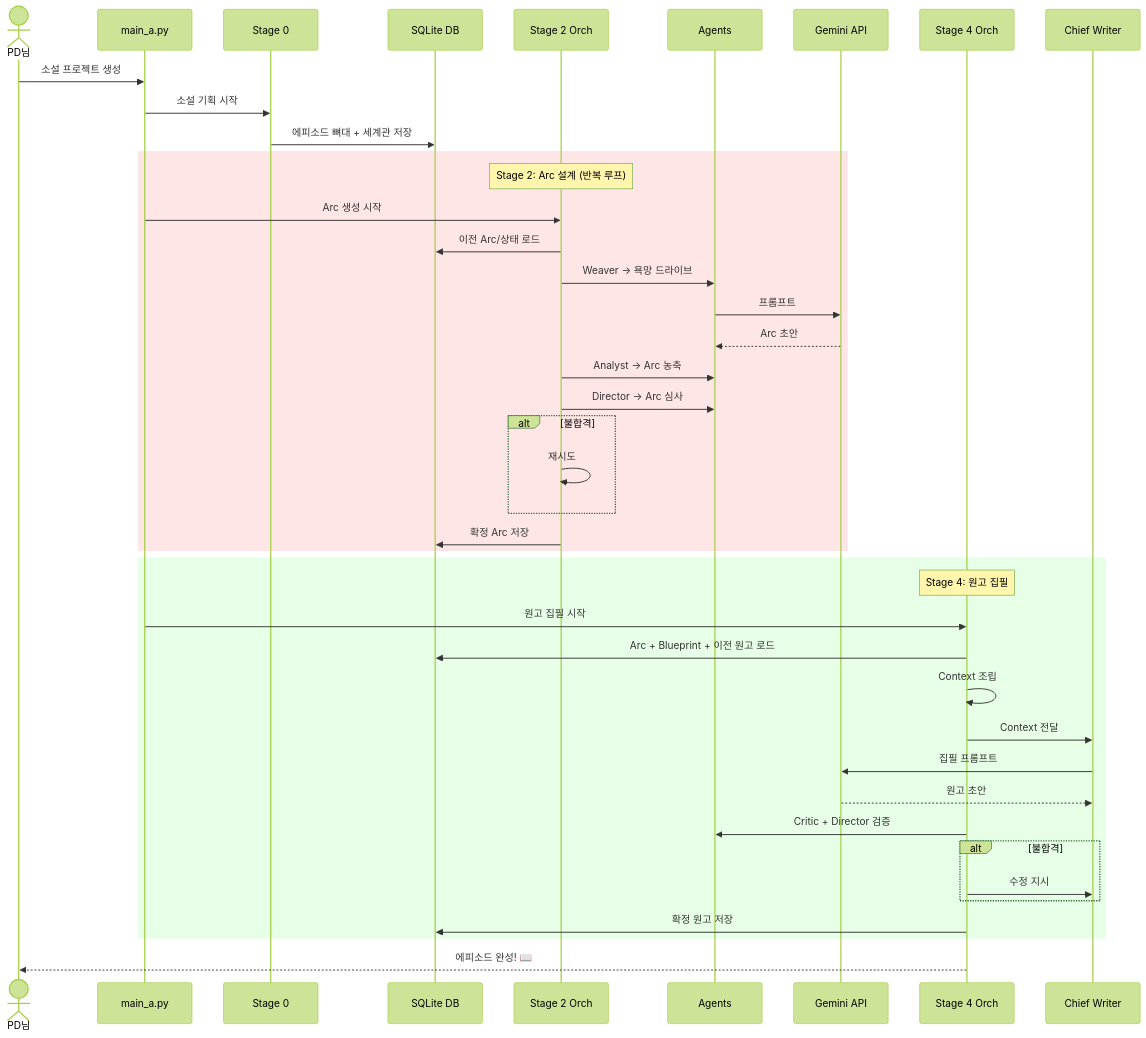
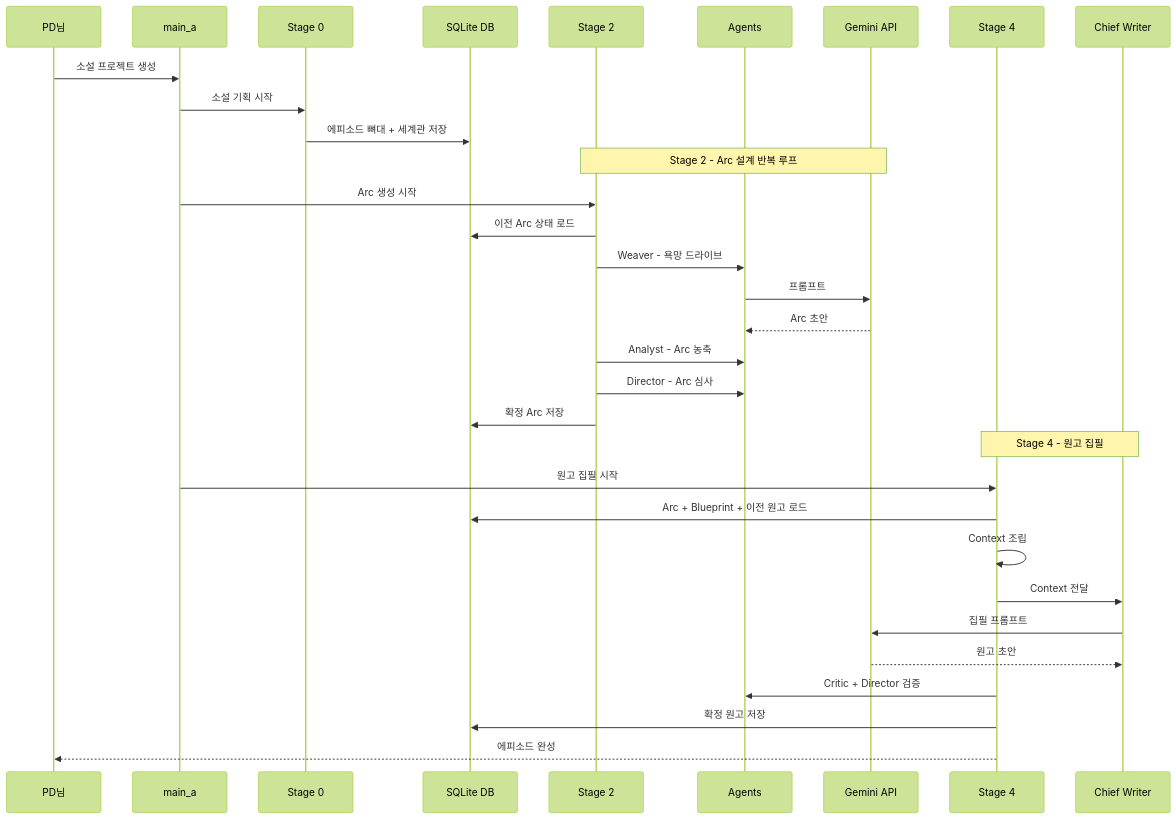
Before and after one commit to temppppppppppppppppppppppp/devdev: the second of 5 diagrams in 참고자료.md, drawn with Mermaid (forest theme). The commit also changed other lines of this file, not shown here.

Commit message:
fix: Mermaid syntax error 수정 - 이모지/괄호/style 제거

````diff
--- a/참고자료.md
+++ b/참고자료.md
@@ -106,48 +94,37 @@
 ```mermaid
 sequenceDiagram
-    actor PD as PD님
-    participant UI as main_a.py
+    participant PD as PD님
+    participant UI as main_a
     participant S0 as Stage 0
     participant DB as SQLite DB
-    participant S2 as Stage 2 Orch
+    participant S2 as Stage 2
     participant AG as Agents
     participant LLM as Gemini API
-    participant S4 as Stage 4 Orch
+    participant S4 as Stage 4
     participant CW as Chief Writer
 
     PD->>UI: 소설 프로젝트 생성
     UI->>S0: 소설 기획 시작
     S0->>DB: 에피소드 뼈대 + 세계관 저장
 
-    rect rgb(255, 230, 230)
-        Note over S2: Stage 2: Arc 설계 (반복 루프)
-        UI->>S2: Arc 생성 시작
-        S2->>DB: 이전 Arc/상태 로드
-        S2->>AG: Weaver → 욕망 드라이브
-        AG->>LLM: 프롬프트
-        LLM-->>AG: Arc 초안
-        S2->>AG: Analyst → Arc 농축
-        S2->>AG: Director → Arc 심사
-        alt 불합격
-            S2->>S2: 재시도
-        end
-        S2->>DB: 확정 Arc 저장
-    end
+    Note over S2,LLM: Stage 2 - Arc 설계 반복 루프
+    UI->>S2: Arc 생성 시작
+    S2->>DB: 이전 Arc 상태 로드
+    S2->>AG: Weaver - 욕망 드라이브
+    AG->>LLM: 프롬프트
+    LLM-->>AG: Arc 초안
+    S2->>AG: Analyst - Arc 농축
+    S2->>AG: Director - Arc 심사
+    S2->>DB: 확정 Arc 저장
 
-    rect rgb(230, 255, 230)
-        Note over S4: Stage 4: 원고 집필
-        UI->>S4: 원고 집필 시작
-        S4->>DB: Arc + Blueprint + 이전 원고 로드
-        S4->>S4: Context 조립
-        S4->>CW: Context 전달
-        CW->>LLM: 집필 프롬프트
-        LLM-->>CW: 원고 초안
-        S4->>AG: Critic + Director 검증
-        alt 불합격
-            S4->>CW: 수정 지시
-        end
-        S4->>DB: 확정 원고 저장
-    end
-
-    S4-->>PD: 에피소드 완성! 📖
+    Note over S4,CW: Stage 4 - 원고 집필
+    UI->>S4: 원고 집필 시작
+    S4->>DB: Arc + Blueprint + 이전 원고 로드
+    S4->>S4: Context 조립
+    S4->>CW: Context 전달
+    CW->>LLM: 집필 프롬프트
+    LLM-->>CW: 원고 초안
+    S4->>AG: Critic + Director 검증
+    S4->>DB: 확정 원고 저장
+    S4-->>PD: 에피소드 완성
 ```
````
